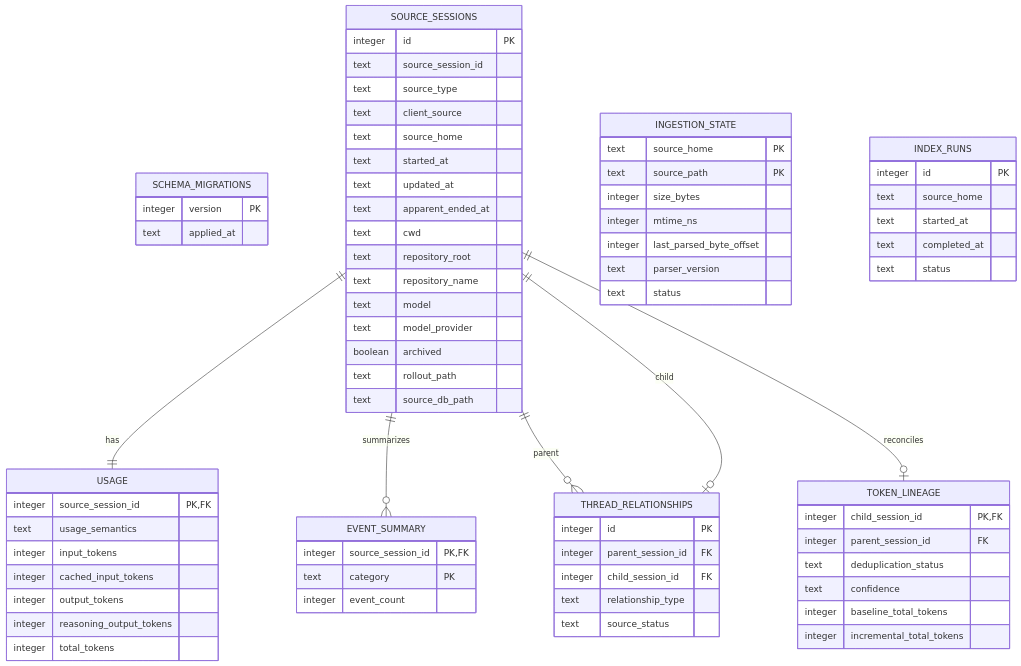
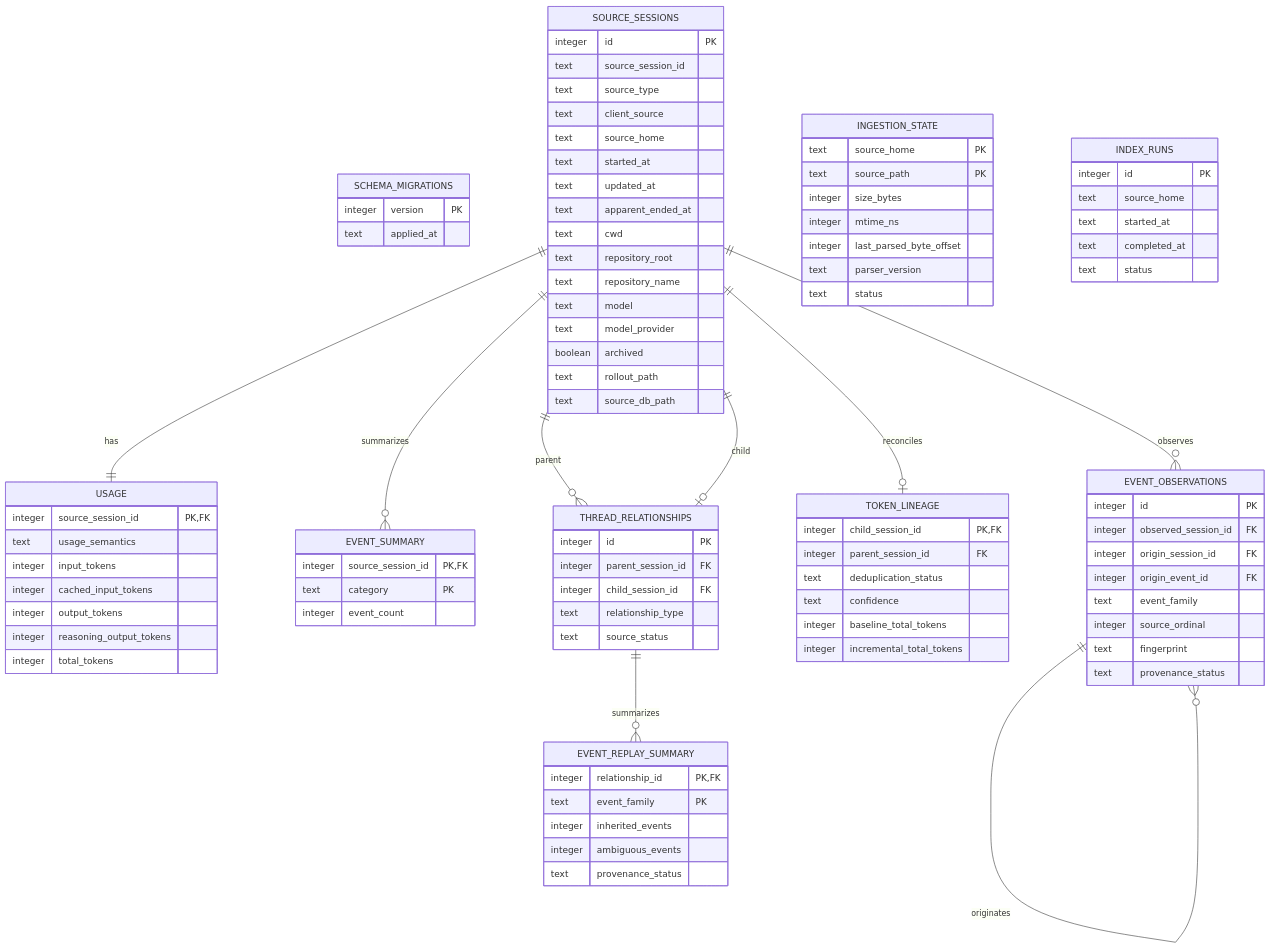
Before and after one commit to angzeli/codex-insights: the diagram in docs/database-schema.md, drawn with Mermaid. The commit also changed other lines of this file and 13 other files, not shown here.

Commit message:
feat: add cross-thread event provenance model

````diff
--- a/docs/database-schema.md
+++ b/docs/database-schema.md
@@ -84,10 +84,30 @@
         integer baseline_total_tokens
         integer incremental_total_tokens
     }
+    EVENT_OBSERVATIONS {
+        integer id PK
+        integer observed_session_id FK
+        integer origin_session_id FK
+        integer origin_event_id FK
+        text event_family
+        integer source_ordinal
+        text fingerprint
+        text provenance_status
+    }
+    EVENT_REPLAY_SUMMARY {
+        integer relationship_id PK,FK
+        text event_family PK
+        integer inherited_events
+        integer ambiguous_events
+        text provenance_status
+    }
 
     SOURCE_SESSIONS ||--|| USAGE : has
     SOURCE_SESSIONS ||--o{ EVENT_SUMMARY : summarizes
     SOURCE_SESSIONS ||--o{ THREAD_RELATIONSHIPS : parent
     SOURCE_SESSIONS ||--o| THREAD_RELATIONSHIPS : child
     SOURCE_SESSIONS ||--o| TOKEN_LINEAGE : reconciles
+    SOURCE_SESSIONS ||--o{ EVENT_OBSERVATIONS : observes
+    EVENT_OBSERVATIONS ||--o{ EVENT_OBSERVATIONS : originates
+    THREAD_RELATIONSHIPS ||--o{ EVENT_REPLAY_SUMMARY : summarizes
 ```
````
